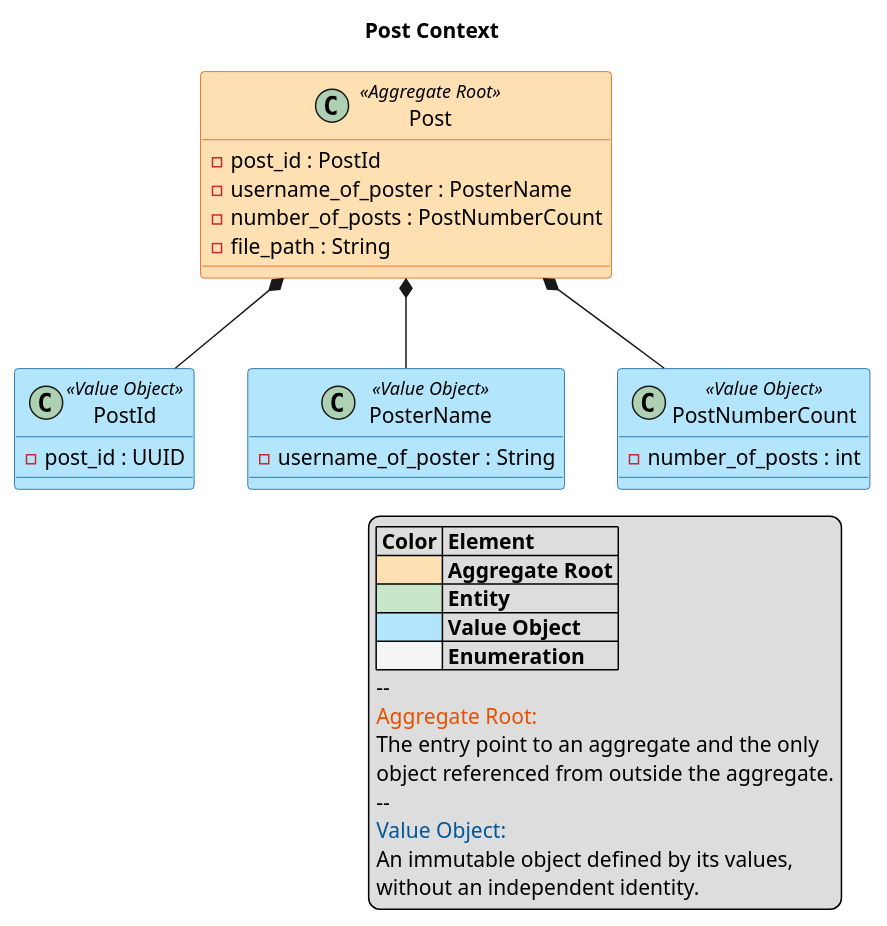
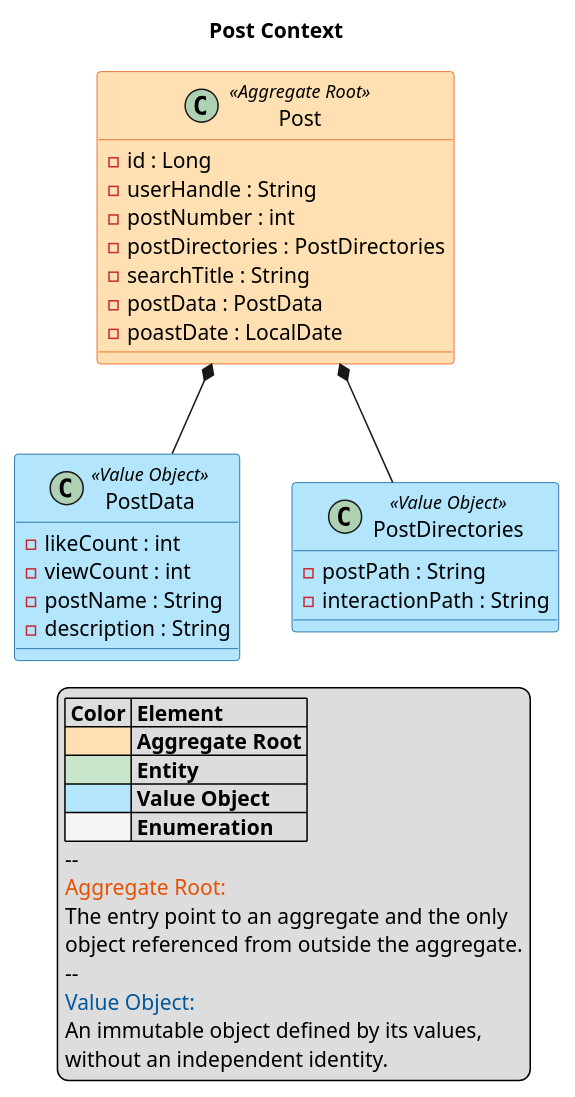
The diagram in Diagrams/Post.puml (DasStudioINC/TheSocialCode-Backend), drawn with PlantUML before and after one commit. The commit also changed 2 other files, not shown here.

Commit message:
Updated All uml diagrams to be more accurate to the classes

```diff
--- a/Diagrams/Post.puml
+++ b/Diagrams/Post.puml
@@ -1,52 +1,56 @@
 @startuml
 title Post Context
 skinparam class {
      BackgroundColor<<Aggregate Root>> #FFE0B2
       BorderColor<<Aggregate Root>> #E65100
 
       BackgroundColor<<Entity>> #C8E6C9
       BorderColor<<Entity>> #2E7D32
 
       BackgroundColor<<Value Object>> #B3E5FC
       BorderColor<<Value Object>> #01579B
 }
 
 class Post <<Aggregate Root>>{
-    - post_id : PostId
-    - username_of_poster : PosterName
-    - number_of_posts : PostNumberCount
-    - file_path : String
+    - id : Long
+    - userHandle : String
+    - postNumber : int
+    - postDirectories : PostDirectories
+    - searchTitle : String
+    - postData : PostData
+    - poastDate : LocalDate
 }
 
-class PostId <<Value Object>> {
-    - post_id : UUID
+class PostData <<Value Object>>{
+    - likeCount : int
+    - viewCount : int
+    - postName : String
+    - description : String
 }
 
-class PosterName <<Value Object>> {
-    - username_of_poster : String
+class PostDirectories <<Value Object>>{
+    - postPath : String
+    - interactionPath : String
 }
 
-class PostNumberCount <<Value Object>> {
-    - number_of_posts : int
-}
 
-Post *-- PostNumberCount
-Post *-- PosterName
-Post *-- PostId
+Post *-- PostData
+Post *-- PostDirectories
+
 
 legend right
   |= Color |= Element |
   |<#FFE0B2> | **Aggregate Root** |
   |<#C8E6C9> | **Entity** |
   |<#B3E5FC> | **Value Object** |
   |<#F5F5F5> | **Enumeration** |
   --
   <color:#E65100>Aggregate Root:</color>
   The entry point to an aggregate and the only
   object referenced from outside the aggregate.
   --
   <color:#01579B>Value Object:</color>
   An immutable object defined by its values,
   without an independent identity.
 endlegend
 @enduml
```
